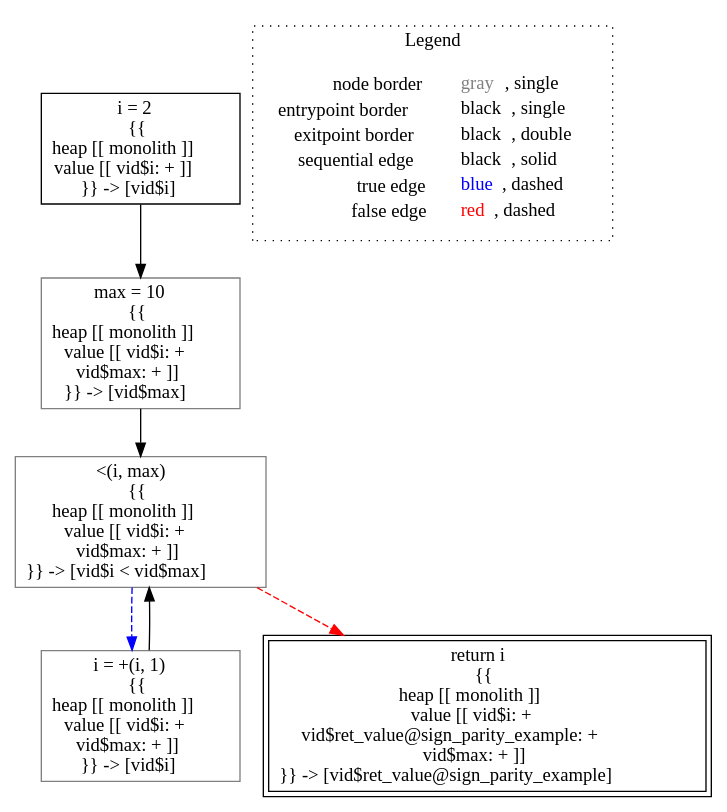
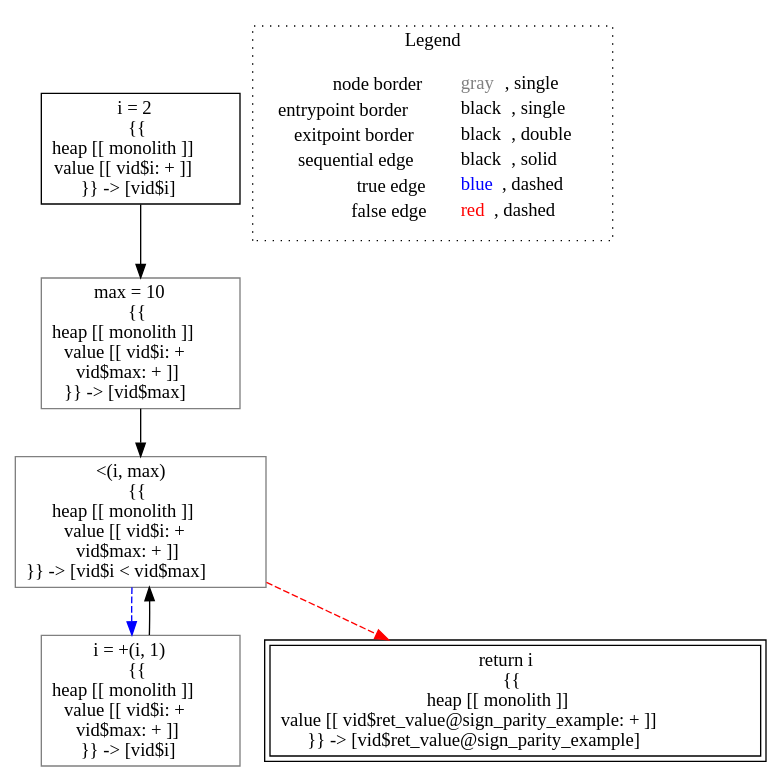
The diagram in lisa/imp-testcases/numeric/sign/analysis___untyped_tutorial.sign_parity_example().dot (lisa-analyzer/lisa), drawn with Graphviz before and after one commit. The commit also changed 57 other files, not shown here.

```diff
--- a/lisa/imp-testcases/numeric/sign/analysis___untyped_tutorial.sign_parity_example().dot
+++ b/lisa/imp-testcases/numeric/sign/analysis___untyped_tutorial.sign_parity_example().dot
@@ -1,19 +1,19 @@
 digraph {
 	"node0" [shape="rect",color="black",label=<i = 2<BR/>{{<BR/>heap [[ monolith ]]<BR/>value [[ vid$i: + ]]<BR/>}} -&gt; [vid$i]>];
-	"node1" [shape="rect",color="gray",label=<i = +(i, 1)<BR/>{{<BR/>heap [[ monolith ]]<BR/>value [[ vid$i: +<BR/>vid$max: + ]]<BR/>}} -&gt; [vid$i]>];
-	"node2" [shape="rect",color="black",peripheries="2",label=<return i<BR/>{{<BR/>heap [[ monolith ]]<BR/>value [[ vid$i: +<BR/>vid$ret_value@sign_parity_example: +<BR/>vid$max: + ]]<BR/>}} -&gt; [vid$ret_value@sign_parity_example]>];
+	"node1" [shape="rect",color="gray",label=<max = 10<BR/>{{<BR/>heap [[ monolith ]]<BR/>value [[ vid$i: +<BR/>vid$max: + ]]<BR/>}} -&gt; [vid$max]>];
+	"node2" [shape="rect",color="gray",label=<i = +(i, 1)<BR/>{{<BR/>heap [[ monolith ]]<BR/>value [[ vid$i: +<BR/>vid$max: + ]]<BR/>}} -&gt; [vid$i]>];
 	"node3" [shape="rect",color="gray",label=<&lt;(i, max)<BR/>{{<BR/>heap [[ monolith ]]<BR/>value [[ vid$i: +<BR/>vid$max: + ]]<BR/>}} -&gt; [vid$i &lt; vid$max]>];
-	"node4" [shape="rect",color="gray",label=<max = 10<BR/>{{<BR/>heap [[ monolith ]]<BR/>value [[ vid$i: +<BR/>vid$max: + ]]<BR/>}} -&gt; [vid$max]>];
+	"node4" [shape="rect",color="black",peripheries="2",label=<return i<BR/>{{<BR/>heap [[ monolith ]]<BR/>value [[ vid$ret_value@sign_parity_example: + ]]<BR/>}} -&gt; [vid$ret_value@sign_parity_example]>];
+	"node0" -> "node1" [color="black"];
 	"node1" -> "node3" [color="black"];
-	"node3" -> "node1" [color="blue",style="dashed"];
-	"node3" -> "node2" [color="red",style="dashed"];
-	"node0" -> "node4" [color="black"];
-	"node4" -> "node3" [color="black"];
+	"node2" -> "node3" [color="black"];
+	"node3" -> "node2" [color="blue",style="dashed"];
+	"node3" -> "node4" [color="red",style="dashed"];
 subgraph cluster_legend {
 	label="Legend";
 	style=dotted;
 	node [shape=plaintext];
 	"legend" [label=<<table border="0" cellpadding="2" cellspacing="0" cellborder="0"><tr><td align="right">node border&nbsp;</td><td align="left"><font color="gray">gray</font>, single</td></tr><tr><td align="right">entrypoint border&nbsp;</td><td align="left"><font color="black">black</font>, single</td></tr><tr><td align="right">exitpoint border&nbsp;</td><td align="left"><font color="black">black</font>, double</td></tr><tr><td align="right">sequential edge&nbsp;</td><td align="left"><font color="black">black</font>, solid</td></tr><tr><td align="right">true edge&nbsp;</td><td align="left"><font color="blue">blue</font>, dashed</td></tr><tr><td align="right">false edge&nbsp;</td><td align="left"><font color="red">red</font>, dashed</td></tr></table>>];
 }
 
 }
```
